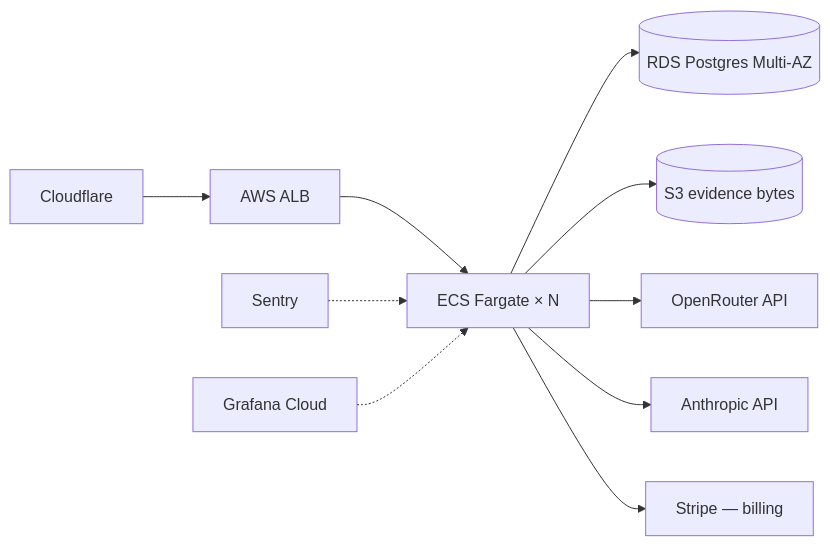
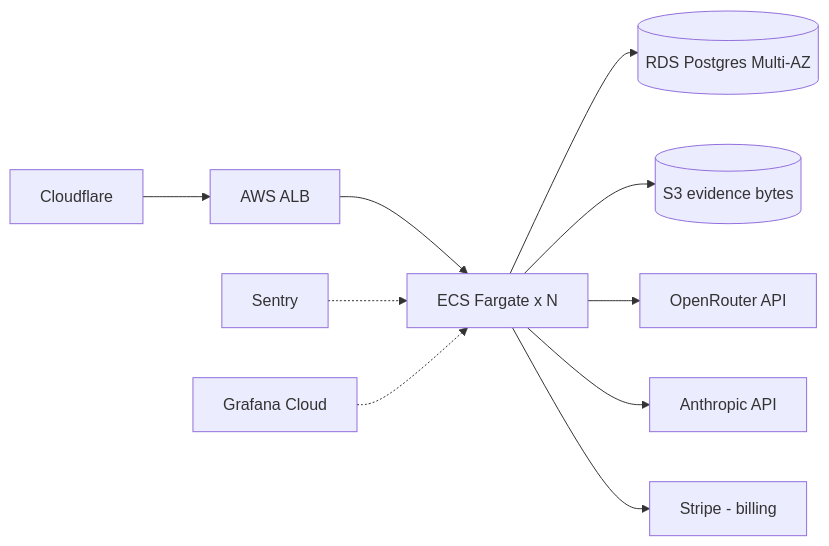
The second of 2 diagrams in docs/05-DEPLOYMENT.md (thunderstornX/forenix-oss), drawn with Mermaid before and after one commit. The commit also changed other lines of this file and 118 other files, not shown here.

````diff
--- a/docs/05-DEPLOYMENT.md
+++ b/docs/05-DEPLOYMENT.md
@@ -82,13 +82,13 @@
 ```mermaid
 flowchart LR
   CF[Cloudflare] --> ALB[AWS ALB]
-  ALB --> ECS[ECS Fargate × N]
+  ALB --> ECS[ECS Fargate x N]
   ECS --> RDS[(RDS Postgres Multi-AZ)]
   ECS --> S3[(S3 evidence bytes)]
   ECS --> OpenRouter[OpenRouter API]
   ECS --> Anthropic[Anthropic API]
-  ECS --> Stripe[Stripe — billing]
+  ECS --> Stripe[Stripe  -  billing]
 
   Sentry[Sentry] -.-> ECS
   GrafanaCloud[Grafana Cloud] -.-> ECS
 ```
````
